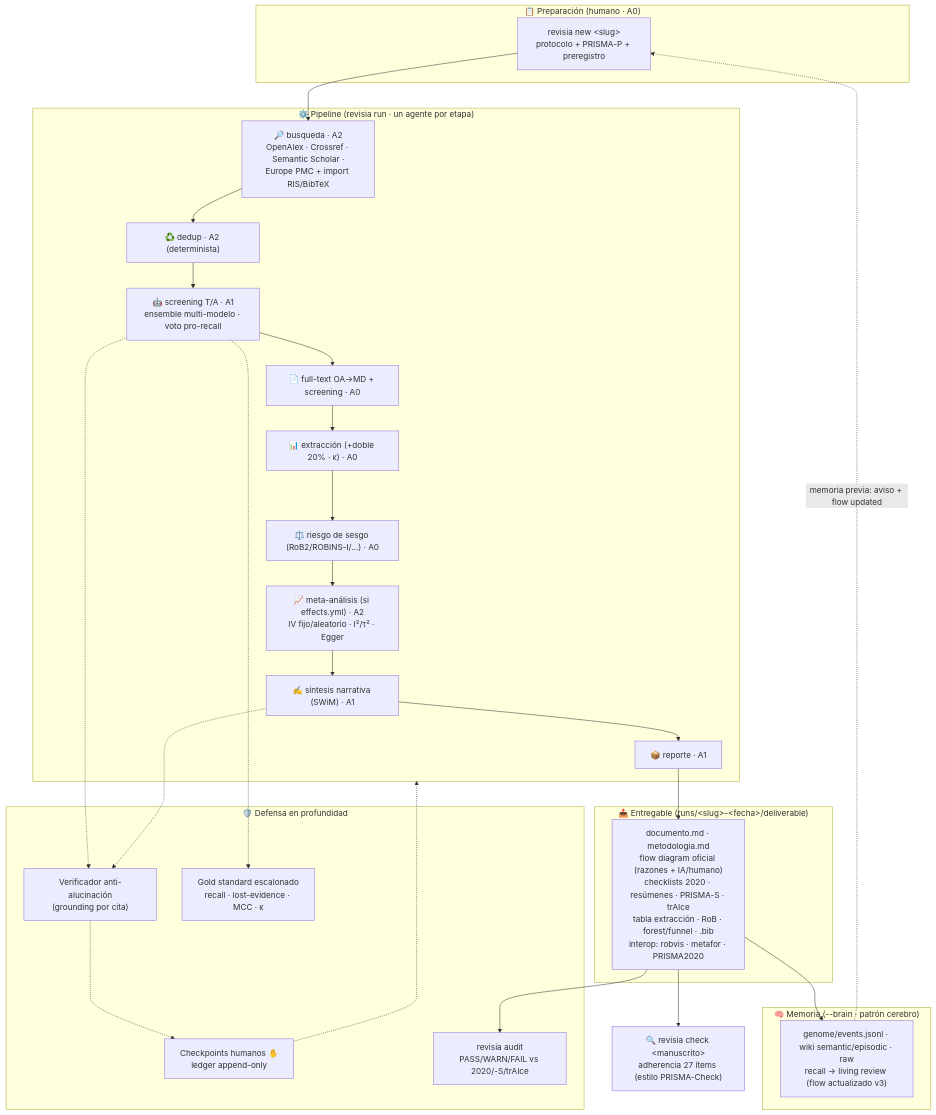
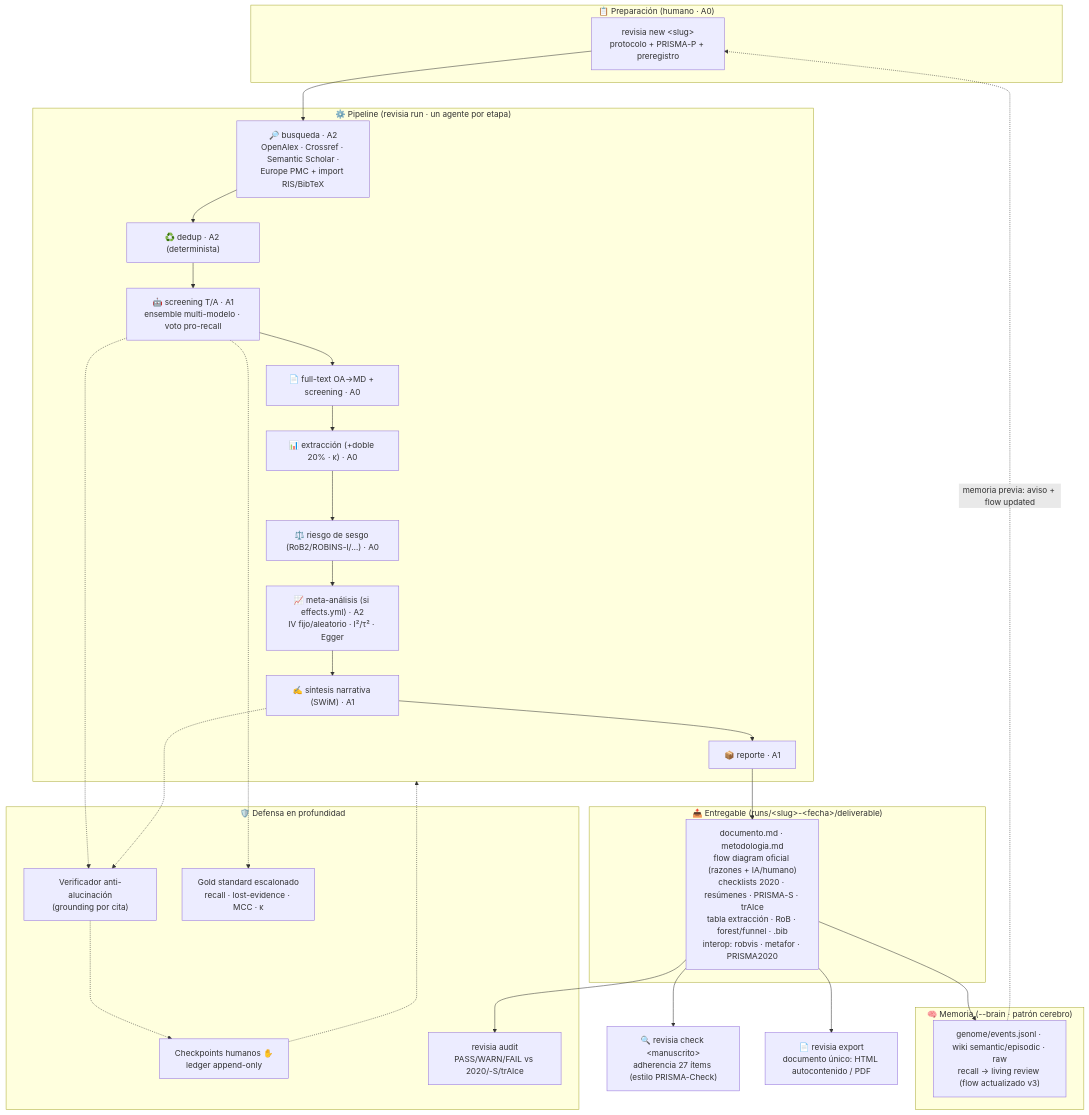
The diagram in docs/arquitectura.md (jhonmosquerav/revisia), drawn with Mermaid before and after one commit. The commit also changed other lines of this file and 15 other files, not shown here.

First line of the commit message:
feat: v0.5.0 · exportador de documento único (revisia export) + panel multi-modelo

````diff
--- a/docs/arquitectura.md
+++ b/docs/arquitectura.md
@@ -9,46 +9,49 @@
 ```mermaid
 flowchart TB
     subgraph PREP["📋 Preparación (humano · A0)"]
         NEW["revisia new &lt;slug&gt;<br/>protocolo + PRISMA-P + preregistro"]
     end
 
     subgraph PIPE["⚙️ Pipeline (revisia run · un agente por etapa)"]
         BUS["🔎 busqueda · A2<br/>OpenAlex · Crossref · Semantic Scholar ·<br/>Europe PMC + import RIS/BibTeX"]
         DED["♻️ dedup · A2 (determinista)"]
         SCR["🤖 screening T/A · A1<br/>ensemble multi-modelo · voto pro-recall"]
         FT["📄 full-text OA→MD + screening · A0"]
         EXT["📊 extracción (+doble 20% · κ) · A0"]
         ROB["⚖️ riesgo de sesgo (RoB2/ROBINS-I/…) · A0"]
         MA["📈 meta-análisis (si effects.yml) · A2<br/>IV fijo/aleatorio · I²/τ² · Egger"]
         SIN["✍️ síntesis narrativa (SWiM) · A1"]
         REP["📦 reporte · A1"]
     end
 
     subgraph GUARD["🛡️ Defensa en profundidad"]
         VER["Verificador anti-alucinación<br/>(grounding por cita)"]
         HITL["Checkpoints humanos ✋<br/>ledger append-only"]
         GOLD["Gold standard escalonado<br/>recall · lost-evidence · MCC · κ"]
         AUD["revisia audit<br/>PASS/WARN/FAIL vs 2020/-S/trAIce"]
     end
 
     subgraph OUT["📤 Entregable (runs/&lt;slug&gt;-&lt;fecha&gt;/deliverable)"]
         DEL["documento.md · metodologia.md<br/>flow diagram oficial (razones + IA/humano)<br/>checklists 2020 · resúmenes · PRISMA-S · trAIce<br/>tabla extracción · RoB · forest/funnel · .bib<br/>interop: robvis · metafor · PRISMA2020"]
     end
 
     subgraph MEM["🧠 Memoria (--brain · patrón cerebro)"]
         BRAIN["genome/events.jsonl · wiki semantic/episodic · raw<br/>recall → living review (flow actualizado v3)"]
     end
 
     CHECK["🔍 revisia check &lt;manuscrito&gt;<br/>adherencia 27 ítems (estilo PRISMA-Check)"]
 
+    EXP["📄 revisia export<br/>documento único: HTML autocontenido / PDF"]
+
     NEW --> BUS --> DED --> SCR --> FT --> EXT --> ROB --> MA --> SIN --> REP --> DEL
     SCR -.-> VER
     SIN -.-> VER
     VER -.-> HITL
     SCR -.-> GOLD
     HITL -.-> PIPE
     DEL --> AUD
     DEL --> BRAIN
     BRAIN -. memoria previa: aviso + flow updated .-> NEW
     DEL --> CHECK
+    DEL --> EXP
 ```
````
